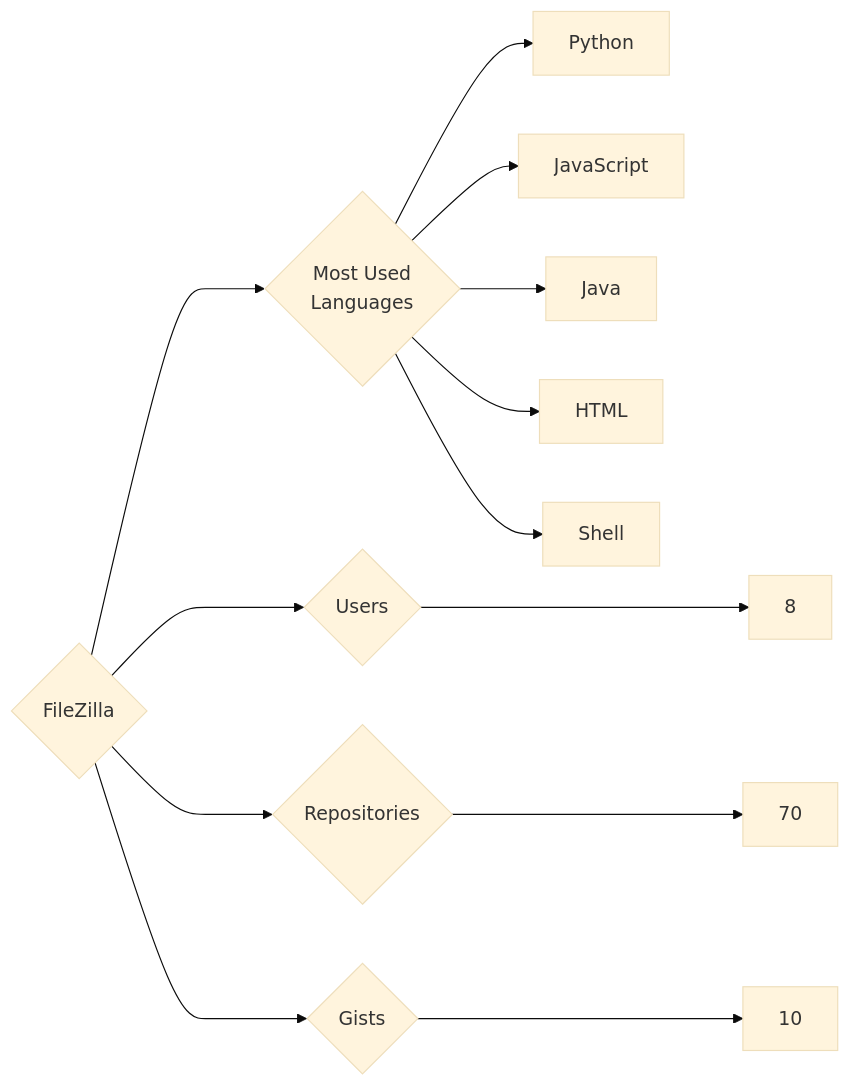
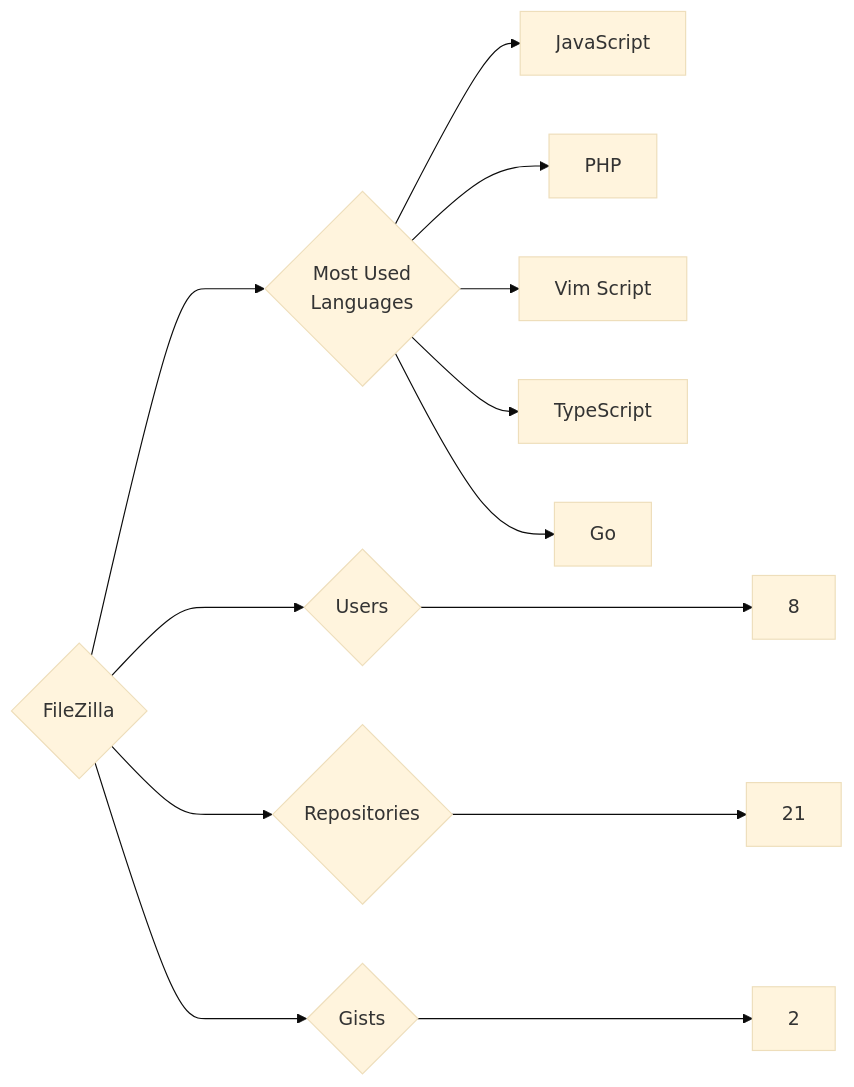
The diagram in targets/FileZilla/README.md (trickest/insiders), drawn with Mermaid (base theme) before and after one commit. The commit also changed 1212 other files, not shown here.

````diff
--- a/targets/FileZilla/README.md
+++ b/targets/FileZilla/README.md
@@ -3,13 +3,13 @@
 ```mermaid
 graph LR
 COMPANY_NAME{FileZilla}
 COMPANY_NAME ---> U{Users} ---> UN[8]
-COMPANY_NAME ---> R{Repositories} ---> RN[70]
-COMPANY_NAME ---> G{Gists} ---> GN[10]
+COMPANY_NAME ---> R{Repositories} ---> RN[21]
+COMPANY_NAME ---> G{Gists} ---> GN[2]
 COMPANY_NAME ---> ML{Most Used<br>Languages}
-ML --> Python[Python]
 ML --> JavaScript[JavaScript]
-ML --> Java[Java]
-ML --> HTML[HTML]
-ML --> Shell[Shell]
+ML --> PHP[PHP]
+ML --> Vim_Script[Vim Script]
+ML --> TypeScript[TypeScript]
+ML --> Go[Go]
 ```
````
